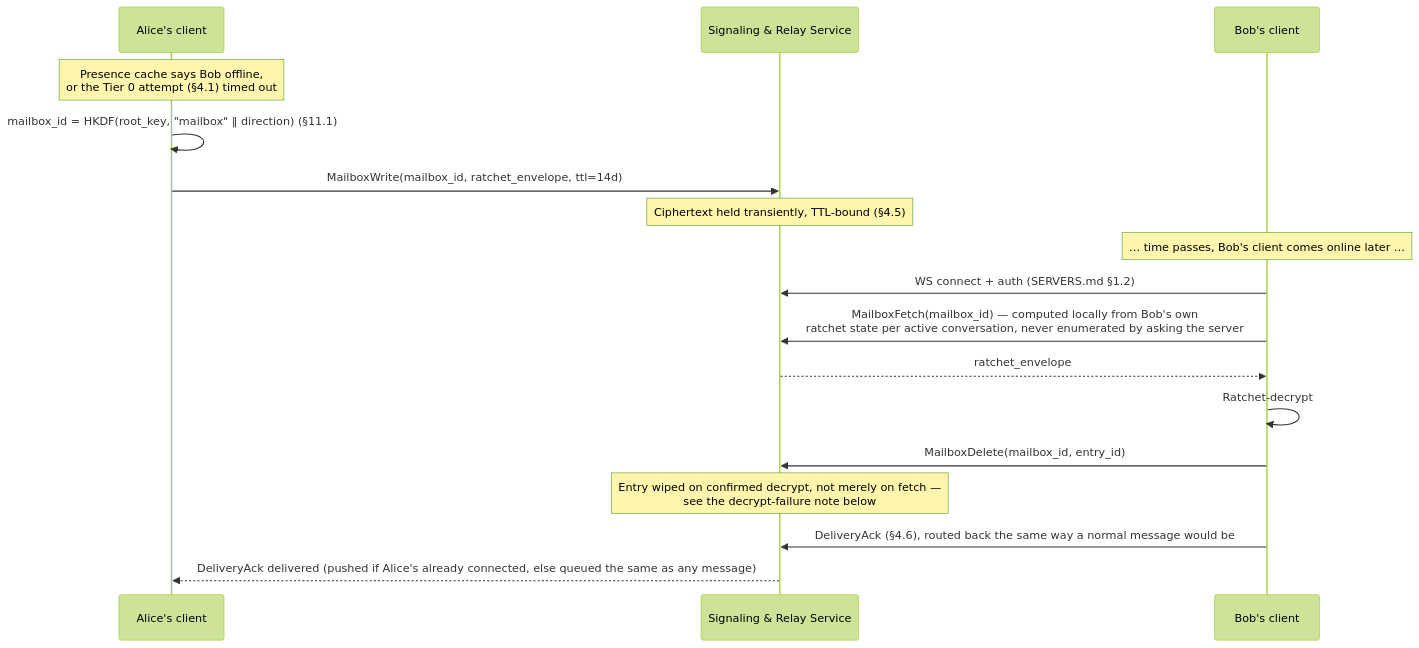
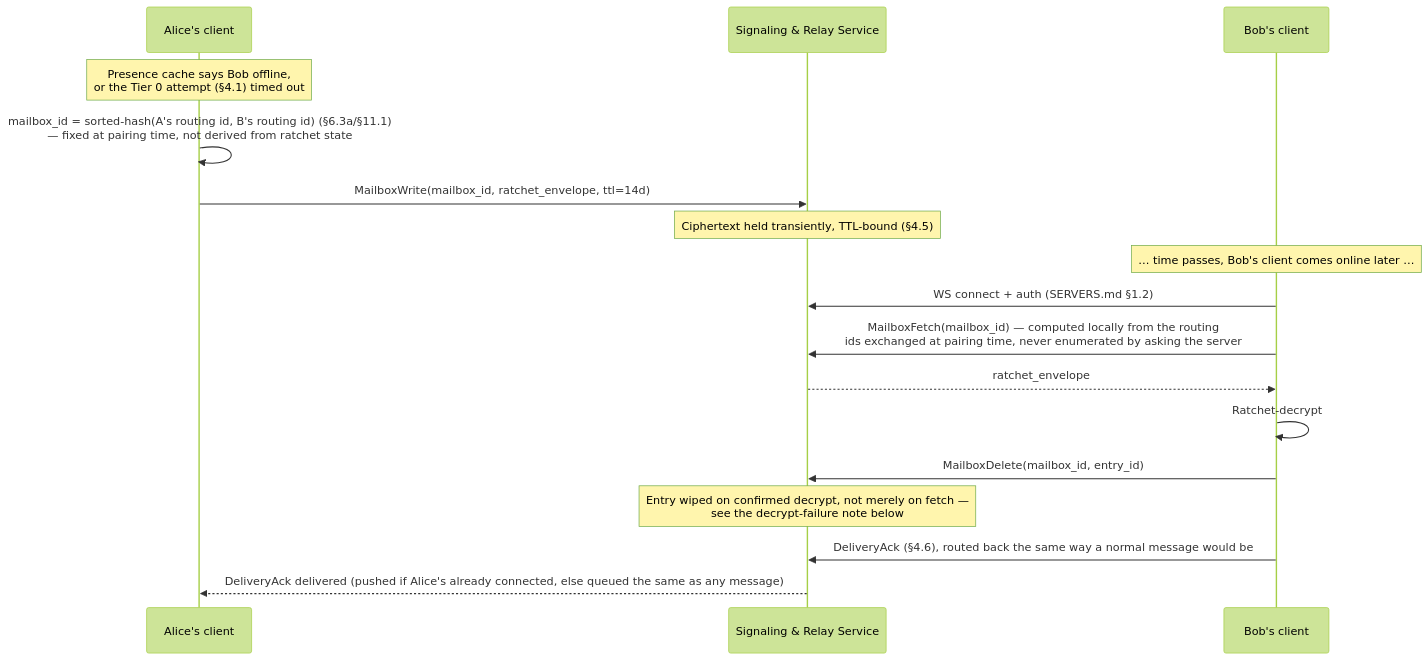
Before and after one commit to Journeycake/DRAtchet: the second of 3 diagrams in docs/ARCHITECTURE.md, drawn with Mermaid (forest theme). The commit also changed other lines of this file and 1 other file, not shown here.

````diff
--- a/docs/ARCHITECTURE.md
+++ b/docs/ARCHITECTURE.md
@@ -320,20 +326,20 @@
 ```mermaid
 sequenceDiagram
     participant A as Alice's client
     participant S as Signaling & Relay Service
     participant B as Bob's client
 
     Note over A: Presence cache says Bob offline,<br/>or the Tier 0 attempt (§4.1) timed out
-    A->>A: mailbox_id = HKDF(root_key, "mailbox" ‖ direction) (§11.1)
+    A->>A: mailbox_id = sorted-hash(A's routing id, B's routing id) (§6.3a/§11.1)<br/>— fixed at pairing time, not derived from ratchet state
     A->>S: MailboxWrite(mailbox_id, ratchet_envelope, ttl=14d)
     Note over S: Ciphertext held transiently, TTL-bound (§4.5)
     Note over B: … time passes, Bob's client comes online later …
     B->>S: WS connect + auth (SERVERS.md §1.2)
-    B->>S: MailboxFetch(mailbox_id) — computed locally from Bob's own<br/>ratchet state per active conversation, never enumerated by asking the server
+    B->>S: MailboxFetch(mailbox_id) — computed locally from the routing<br/>ids exchanged at pairing time, never enumerated by asking the server
     S-->>B: ratchet_envelope
     B->>B: Ratchet-decrypt
     B->>S: MailboxDelete(mailbox_id, entry_id)
     Note over S: Entry wiped on confirmed decrypt, not merely on fetch —<br/>see the decrypt-failure note below
     B->>S: DeliveryAck (§4.6), routed back the same way a normal message would be
     S-->>A: DeliveryAck delivered (pushed if Alice's already connected, else queued the same as any message)
 ```
````
